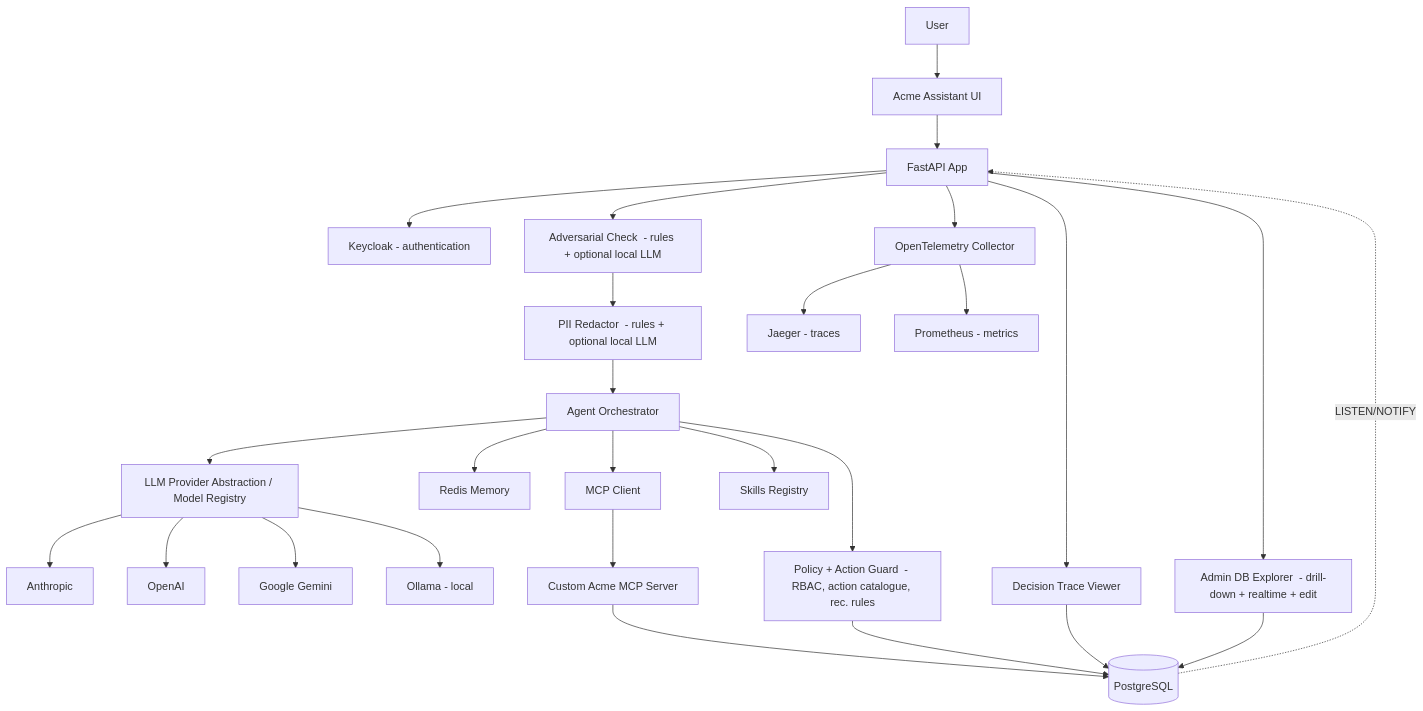
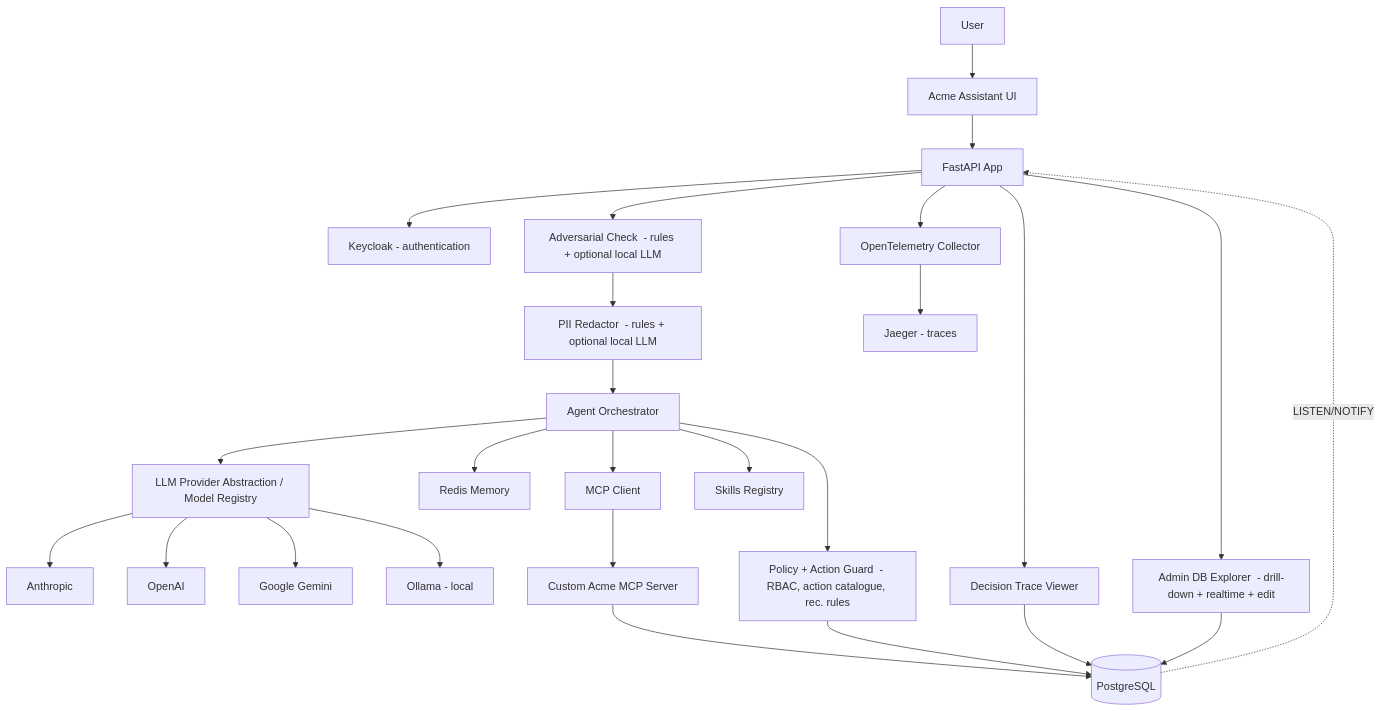
One commit to kvcom/ACME changed the diagram in plan_v2.md. Above: the diagram before and after it, drawn with Mermaid. The commit also changed other lines of this file and 74 other files, not shown here.

````diff
--- a/plan_v2.md
+++ b/plan_v2.md
@@ -2101,29 +2101,28 @@
 ```mermaid
 flowchart TD
     U[User] --> UI[Acme Assistant UI]
     UI --> API[FastAPI App]
     API --> KC[Keycloak  - authentication]
     API --> ADV[Adversarial Check  - rules + optional local LLM]
     ADV --> PII[PII Redactor  - rules + optional local LLM]
     PII --> AG[Agent Orchestrator]
     AG --> LLM[LLM Provider Abstraction / Model Registry]
     LLM --> ANT[Anthropic]
     LLM --> OAI[OpenAI]
     LLM --> GEM[Google Gemini]
     LLM --> OLL[Ollama  - local]
     AG --> REDIS[Redis Memory]
     AG --> MCP[MCP Client]
     MCP --> MCPS[Custom Acme MCP Server]
     MCPS --> PG[(PostgreSQL)]
     AG --> SK[Skills Registry]
     AG --> POL[Policy + Action Guard  - RBAC, action catalogue, rec. rules]
     POL --> PG
     API --> TRACE[Decision Trace Viewer]
     API --> DBX[Admin DB Explorer  - drill-down + realtime + edit]
     API --> OTEL[OpenTelemetry Collector]
     OTEL --> JAEGER[Jaeger  - traces]
-    OTEL --> PROM[Prometheus  - metrics]
     TRACE --> PG
     DBX --> PG
     PG -. LISTEN/NOTIFY .-> API
 ```
````
